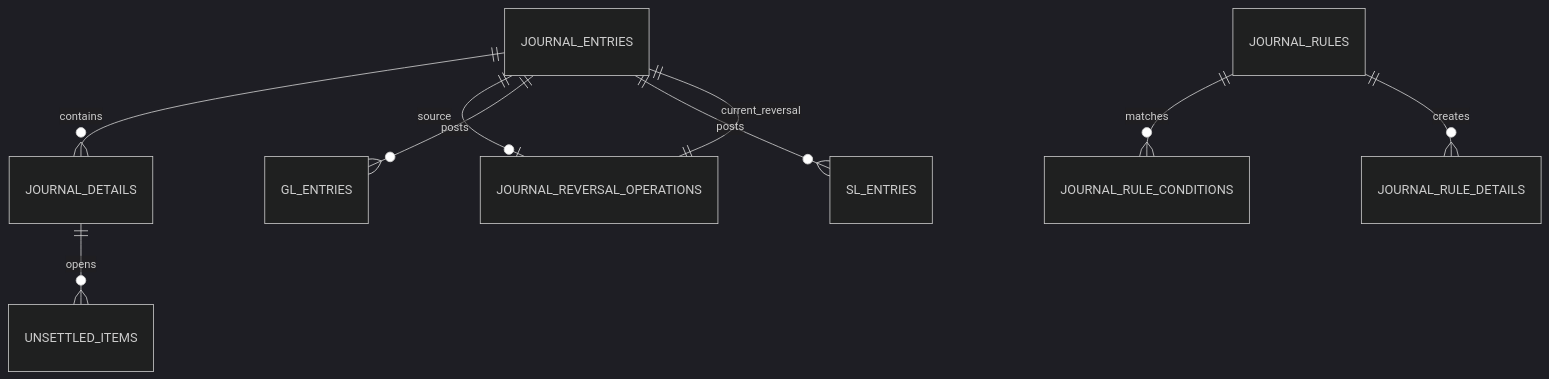
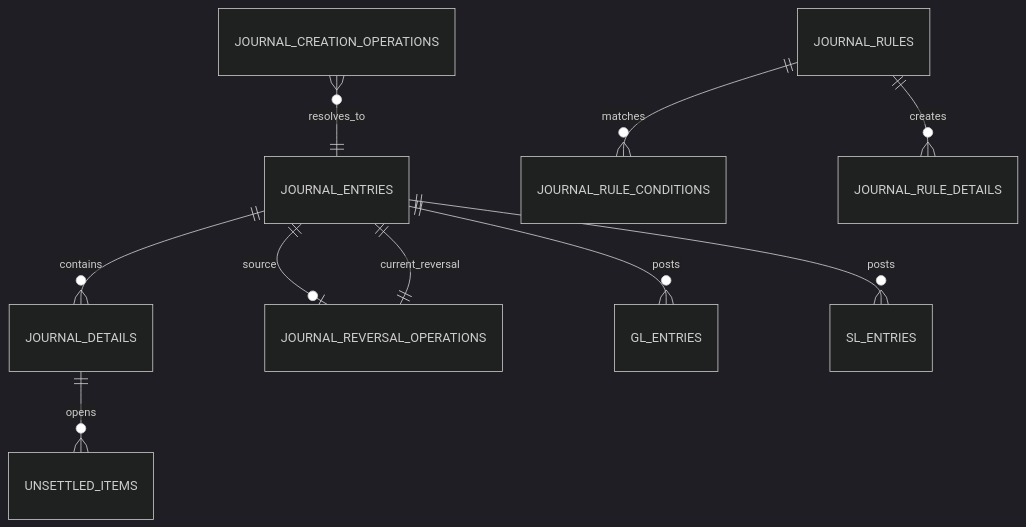
Before and after one commit to skyg547/account: the diagram in journal-ledger/docs/schema.md, drawn with Mermaid (dark theme). The commit also changed other lines of this file and 94 other files, not shown here.

Commit message:
GH-765: add durable journal creation operation identities across modules

````diff
--- a/journal-ledger/docs/schema.md
+++ b/journal-ledger/docs/schema.md
@@ -7,11 +7,12 @@
 ```mermaid
 erDiagram
     JOURNAL_ENTRIES ||--o{ JOURNAL_DETAILS : contains
+    JOURNAL_CREATION_OPERATIONS }o--|| JOURNAL_ENTRIES : resolves_to
     JOURNAL_ENTRIES ||--o| JOURNAL_REVERSAL_OPERATIONS : source
     JOURNAL_REVERSAL_OPERATIONS ||--|| JOURNAL_ENTRIES : current_reversal
     JOURNAL_RULES ||--o{ JOURNAL_RULE_CONDITIONS : matches
     JOURNAL_RULES ||--o{ JOURNAL_RULE_DETAILS : creates
     JOURNAL_DETAILS ||--o{ UNSETTLED_ITEMS : opens
     JOURNAL_ENTRIES ||--o{ GL_ENTRIES : posts
     JOURNAL_ENTRIES ||--o{ SL_ENTRIES : posts
 ```
````
